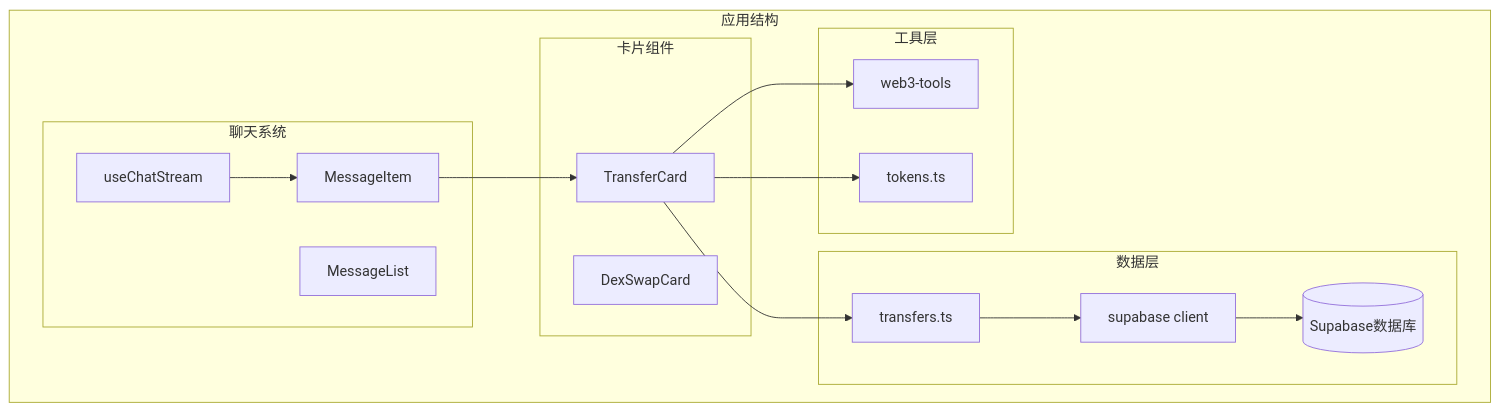
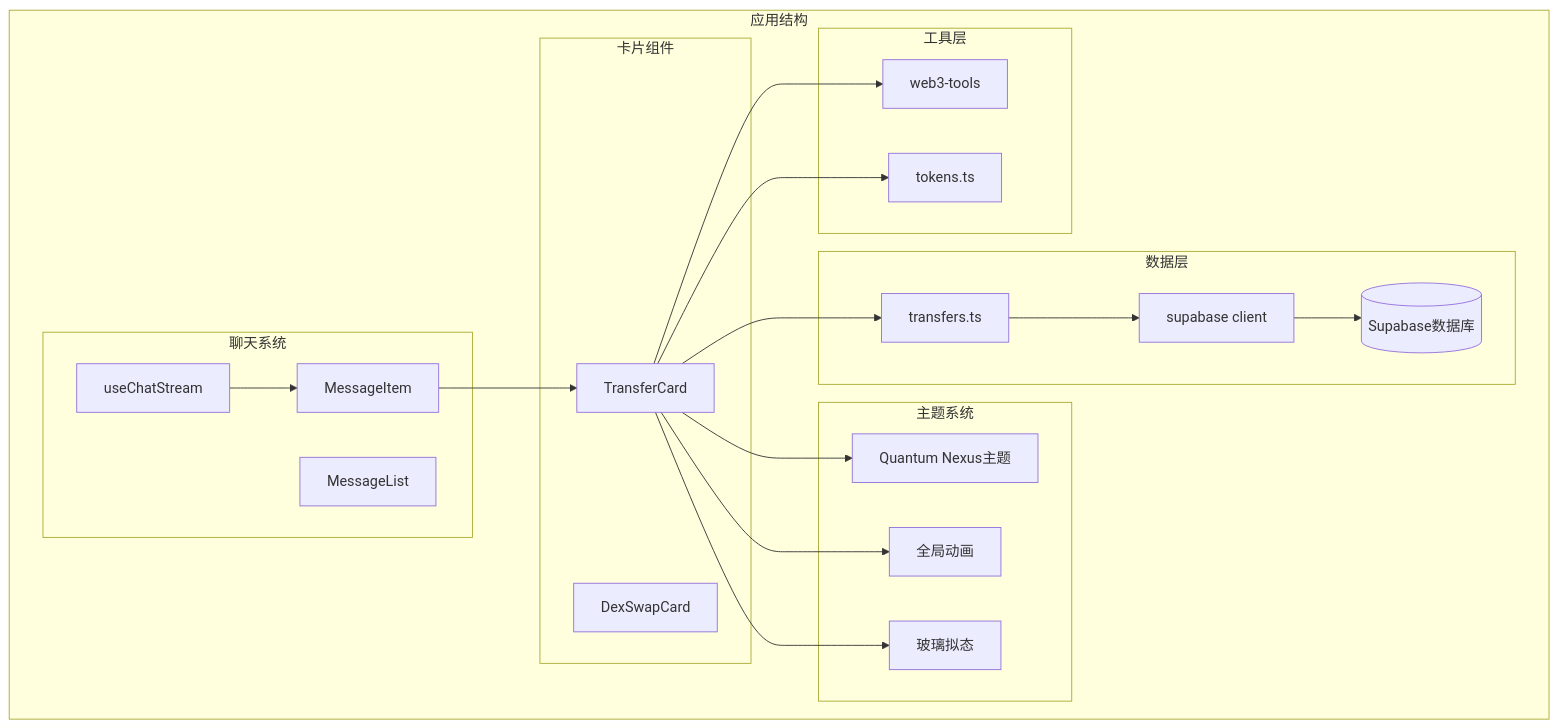
One commit to CryptoLinxu/Web3-AI-Agent changed the first of 18 diagrams in .qoder/repowiki/zh/content/项目概述/整体架构概览/Web应用程序/TransferCard转账卡片组件.md. Above: the diagram before and after it, drawn with Mermaid. The commit also changed other lines of this file and 9 other files, not shown here.

````diff
--- a/.qoder/repowiki/zh/content/项目概述/整体架构概览/Web应用程序/TransferCard转账卡片组件.md
+++ b/.qoder/repowiki/zh/content/项目概述/整体架构概览/Web应用程序/TransferCard转账卡片组件.md
@@ -48,30 +55,38 @@
 ```mermaid
 graph TB
 subgraph "应用结构"
 subgraph "聊天系统"
 MI[MessageItem]
 ML[MessageList]
 CS[useChatStream]
 end
 subgraph "卡片组件"
 TC[TransferCard]
 DSC[DexSwapCard]
+end
+subgraph "主题系统"
+QS[Quantum Nexus主题]
+GA[全局动画]
+GL[玻璃拟态]
 end
 subgraph "数据层"
 TS[transfers.ts]
 SC[supabase client]
 DB[(Supabase数据库)]
 end
 subgraph "工具层"
 WT[web3-tools]
 TK[tokens.ts]
 end
 end
 MI --> TC
 CS --> MI
 TC --> TS
 TS --> SC
 SC --> DB
 TC --> TK
 TC --> WT
+TC --> QS
+TC --> GA
+TC --> GL
 ```
````
